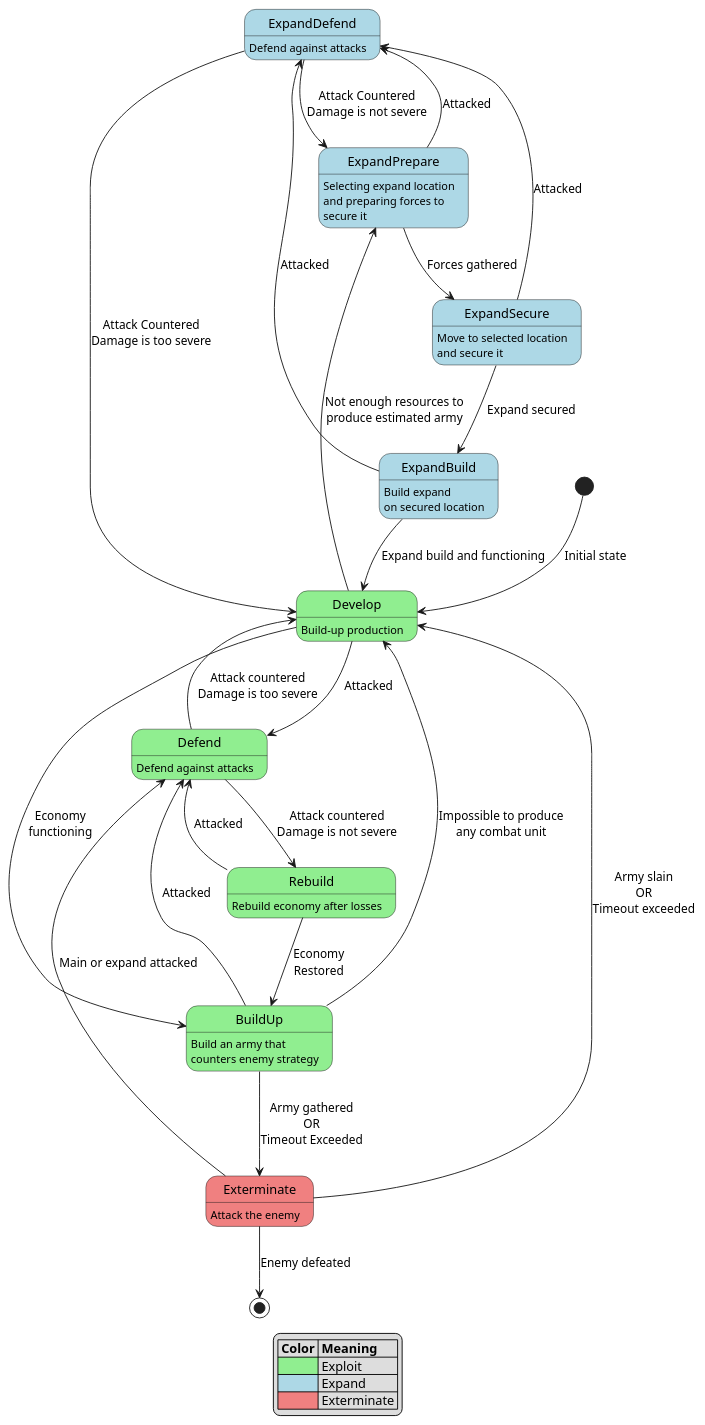
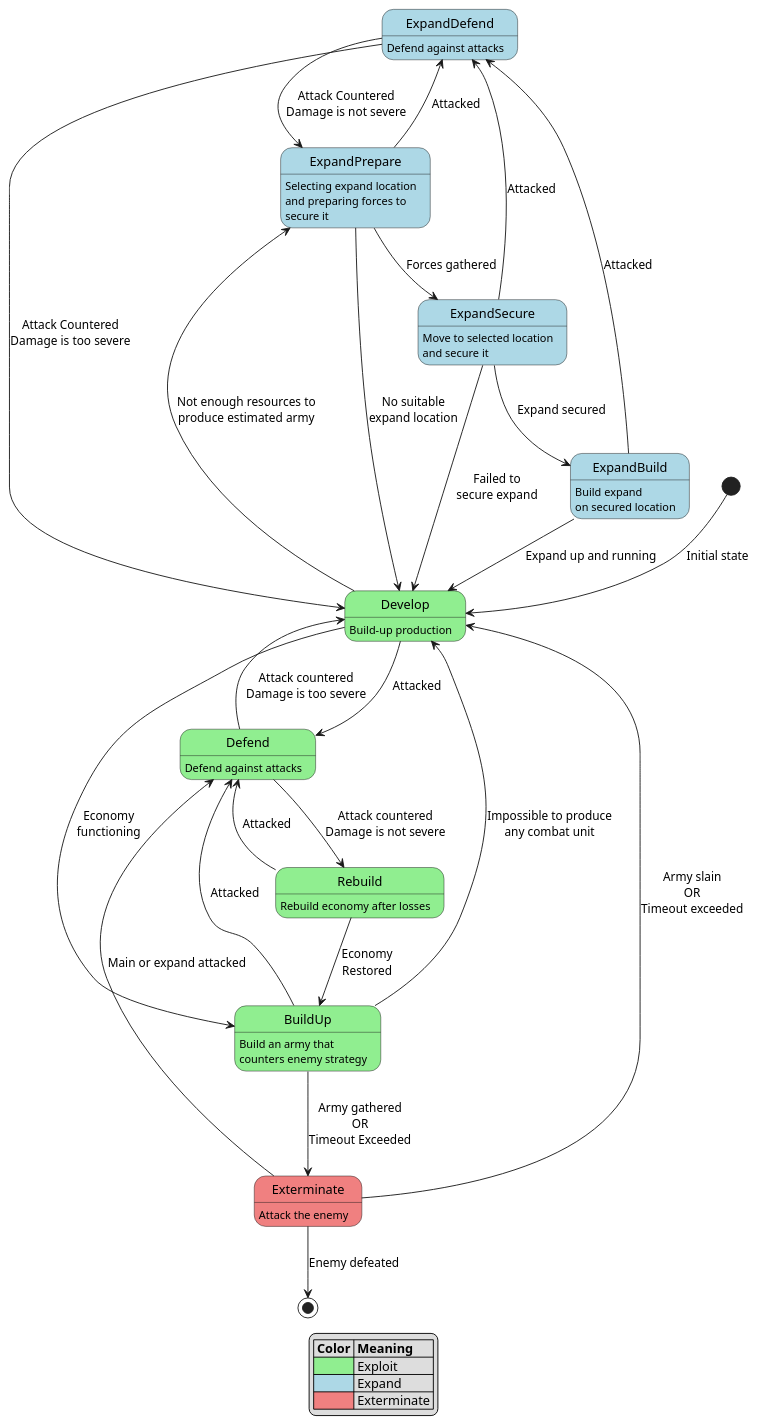
One commit to HordeResurrection/HordeScripts changed the diagram in Mods/Mara/Docs/SettlementControllerStates.puml. Above: the diagram before and after it, drawn with PlantUML. The commit also changed 5 other files, not shown here.

```diff
--- a/Mods/Mara/Docs/SettlementControllerStates.puml
+++ b/Mods/Mara/Docs/SettlementControllerStates.puml
@@ -1,55 +1,57 @@
 @startuml controller states
 
 state Develop #LightGreen: Build-up production
 state Rebuild #LightGreen: Rebuild economy after losses
 state Defend #LightGreen: Defend against attacks
 state BuildUp #LightGreen: Build an army that\ncounters enemy strategy
 
 state ExpandPrepare #LightBlue: Selecting expand location\nand preparing forces to\nsecure it
 state ExpandSecure #LightBlue: Move to selected location\nand secure it
 state ExpandBuild #LightBlue: Build expand\non secured location
 state ExpandDefend #LightBlue: Defend against attacks
 
 state Exterminate #LightCoral: Attack the enemy
 
 [*] --> Develop: Initial state
 
 Defend --> Rebuild: Attack countered\nDamage is not severe
 Defend --> Develop: Attack countered\nDamage is too severe
 
 Develop --> BuildUp: Economy\nfunctioning
 Develop --> Defend: Attacked
 Develop -left-> ExpandPrepare: Not enough resources to\nproduce estimated army
 
 BuildUp -down-> Exterminate: Army gathered\nOR\nTimeout Exceeded
 BuildUp --> Defend: Attacked
 BuildUp --> Develop: Impossible to produce\nany combat unit
 
 Rebuild --> BuildUp: Economy\nRestored
 Rebuild --> Defend: Attacked
 
 ExpandPrepare --> ExpandSecure: Forces gathered
 ExpandPrepare -left-> ExpandDefend: Attacked
+ExpandPrepare --> Develop: No suitable\nexpand location
 
 ExpandSecure --> ExpandBuild: Expand secured
 ExpandSecure -left-> ExpandDefend: Attacked
+ExpandSecure --> Develop: Failed to\nsecure expand
 
-ExpandBuild --> Develop: Expand build and functioning
+ExpandBuild --> Develop: Expand up and running
 ExpandBuild -left-> ExpandDefend: Attacked
 
 ExpandDefend --> ExpandPrepare: Attack Countered\nDamage is not severe
 ExpandDefend --> Develop: Attack Countered\nDamage is too severe
 
 Exterminate --> [*]: Enemy defeated
 Exterminate --> Develop: Army slain\nOR\nTimeout exceeded
 Exterminate --> Defend: Main or expand attacked
 
 
 legend
 | **Color** | **Meaning** |
 |<#LightGreen>| Exploit |
 |<#LightBlue>| Expand |
 |<#LightCoral>| Exterminate |
 endlegend
 
 @enduml
```
